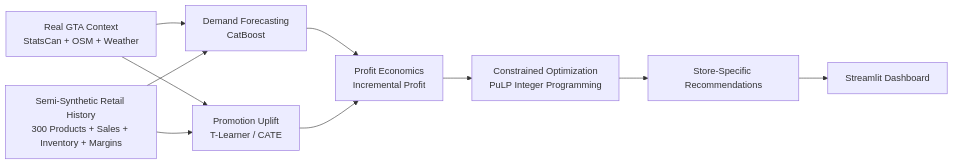
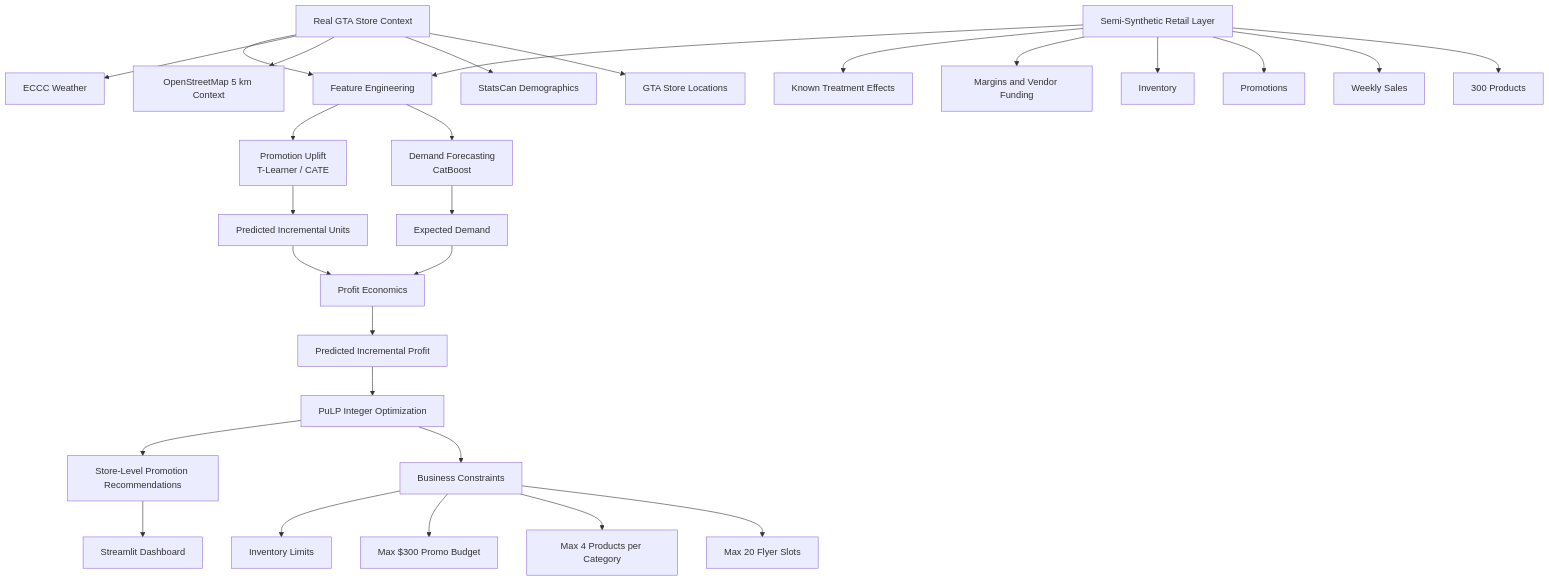
One commit to htoor2026/local-mart changed the diagram in README.md. Above: the diagram before and after it, drawn with Mermaid. The commit also changed other lines of this file, not shown here.

Commit message:
Clean README and add architecture flowchart

````diff
--- a/README.md
+++ b/README.md
@@ -36,21 +75,39 @@
 ```mermaid
-flowchart LR
-    A[Real GTA Context<br/>StatsCan + OSM + Weather]
-    B[Semi-Synthetic Retail History<br/>300 Products + Sales + Inventory + Margins]
-    C[Demand Forecasting<br/>CatBoost]
-    D[Promotion Uplift<br/>T-Learner / CATE]
-    E[Profit Economics<br/>Incremental Profit]
-    F[Constrained Optimization<br/>PuLP Integer Programming]
-    G[Store-Specific Recommendations]
-    H[Streamlit Dashboard]
+flowchart TD
+    A[Real GTA Store Context] --> A1[GTA Store Locations]
+    A --> A2[StatsCan Demographics]
+    A --> A3[OpenStreetMap 5 km Context]
+    A --> A4[ECCC Weather]
 
-    A --> C
+    B[Semi-Synthetic Retail Layer] --> B1[300 Products]
+    B --> B2[Weekly Sales]
+    B --> B3[Promotions]
+    B --> B4[Inventory]
+    B --> B5[Margins and Vendor Funding]
+    B --> B6[Known Treatment Effects]
+
+    A --> C[Feature Engineering]
     B --> C
-    A --> D
-    B --> D
-    C --> E
-    D --> E
-    E --> F
-    F --> G
+
+    C --> D[Demand Forecasting<br/>CatBoost]
+    C --> E[Promotion Uplift<br/>T-Learner / CATE]
+
+    D --> F[Expected Demand]
+    E --> G[Predicted Incremental Units]
+
+    F --> H[Profit Economics]
     G --> H
+
+    H --> I[Predicted Incremental Profit]
+
+    I --> J[PuLP Integer Optimization]
+
+    J --> K[Business Constraints]
+    K --> K1[Max 20 Flyer Slots]
+    K --> K2[Max 4 Products per Category]
+    K --> K3[Max $300 Promo Budget]
+    K --> K4[Inventory Limits]
+
+    J --> L[Store-Level Promotion Recommendations]
+    L --> M[Streamlit Dashboard]
 ```
````
